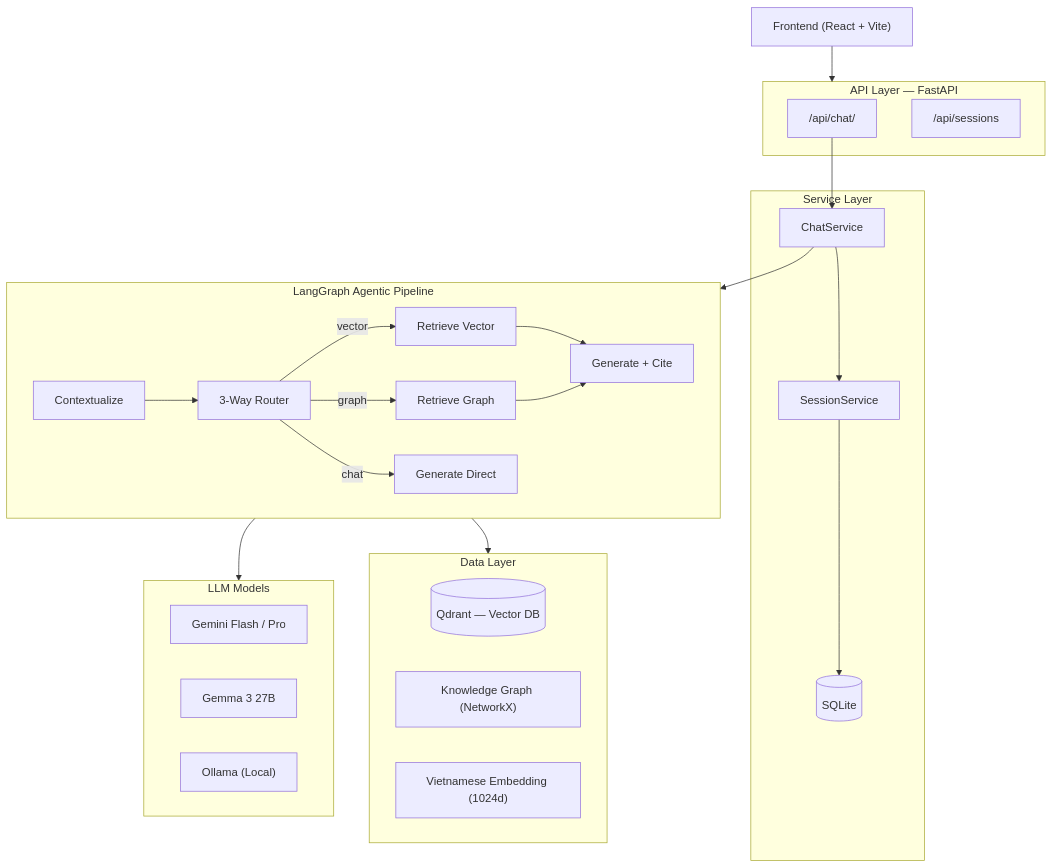
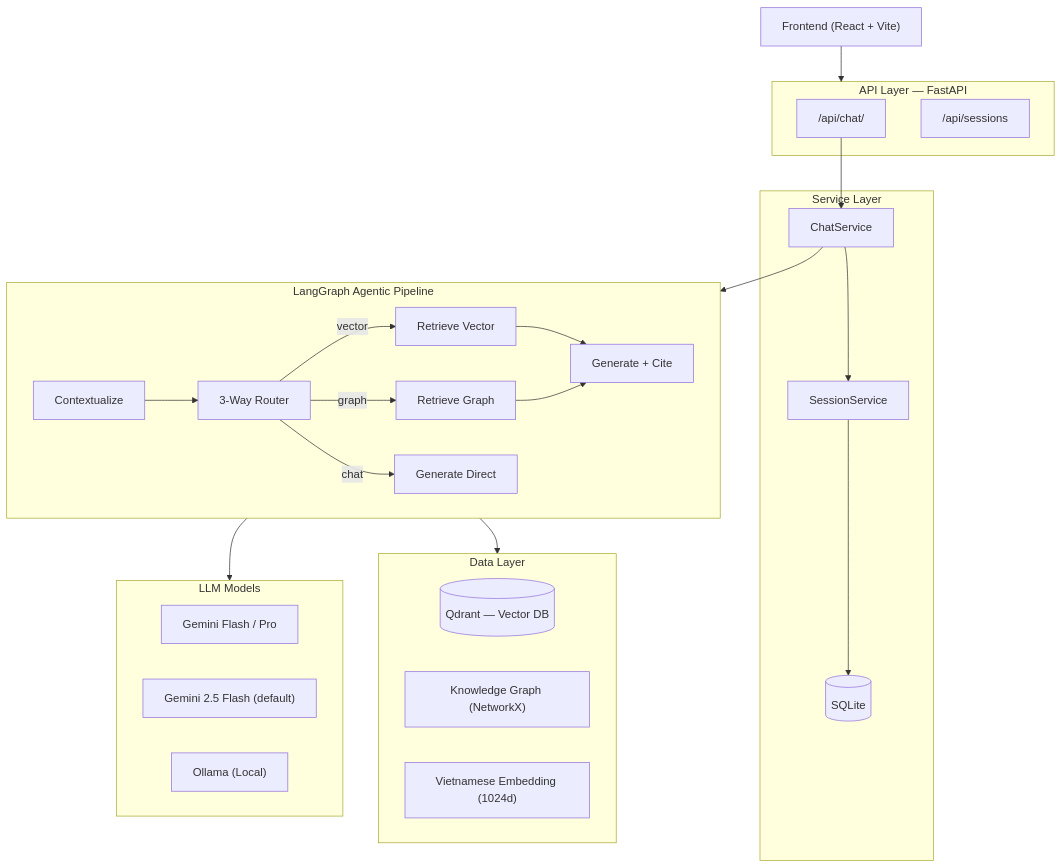
One commit to cakho6179/RagLaw changed the first of 2 diagrams in README.md. Above: the diagram before and after it, drawn with Mermaid. The commit also changed other lines of this file and 3437 other files, not shown here.

````diff
--- a/README.md
+++ b/README.md
@@ -92,41 +92,41 @@
 ```mermaid
 flowchart TB
     Client["Frontend (React + Vite)"] --> API
 
     subgraph API["API Layer — FastAPI"]
         STREAM["/api/chat/"]
         SESS["/api/sessions"]
     end
 
     subgraph Service["Service Layer"]
         CS["ChatService"] --> SS["SessionService"]
         SS --> DB[("SQLite")]
     end
 
     subgraph Pipeline["LangGraph Agentic Pipeline"]
         direction LR
         CTX["Contextualize"] --> ROUTE["3-Way Router"]
         ROUTE -->|vector| RV["Retrieve Vector"]
         ROUTE -->|graph| RG["Retrieve Graph"]
         ROUTE -->|chat| GD["Generate Direct"]
         RV --> GEN["Generate + Cite"]
         RG --> GEN
     end
 
     subgraph Data["Data Layer"]
         QD[("Qdrant — Vector DB")]
         KG["Knowledge Graph (NetworkX)"]
         EMB["Vietnamese Embedding (1024d)"]
     end
 
     subgraph LLMs["LLM Models"]
         GF["Gemini Flash / Pro"]
-        GM["Gemma 3 27B"]
+        GM["Gemini 2.5 Flash (default)"]
         OL["Ollama (Local)"]
     end
 
     STREAM --> CS
     CS --> Pipeline
     Pipeline --> Data
     Pipeline --> LLMs
 ```
````
